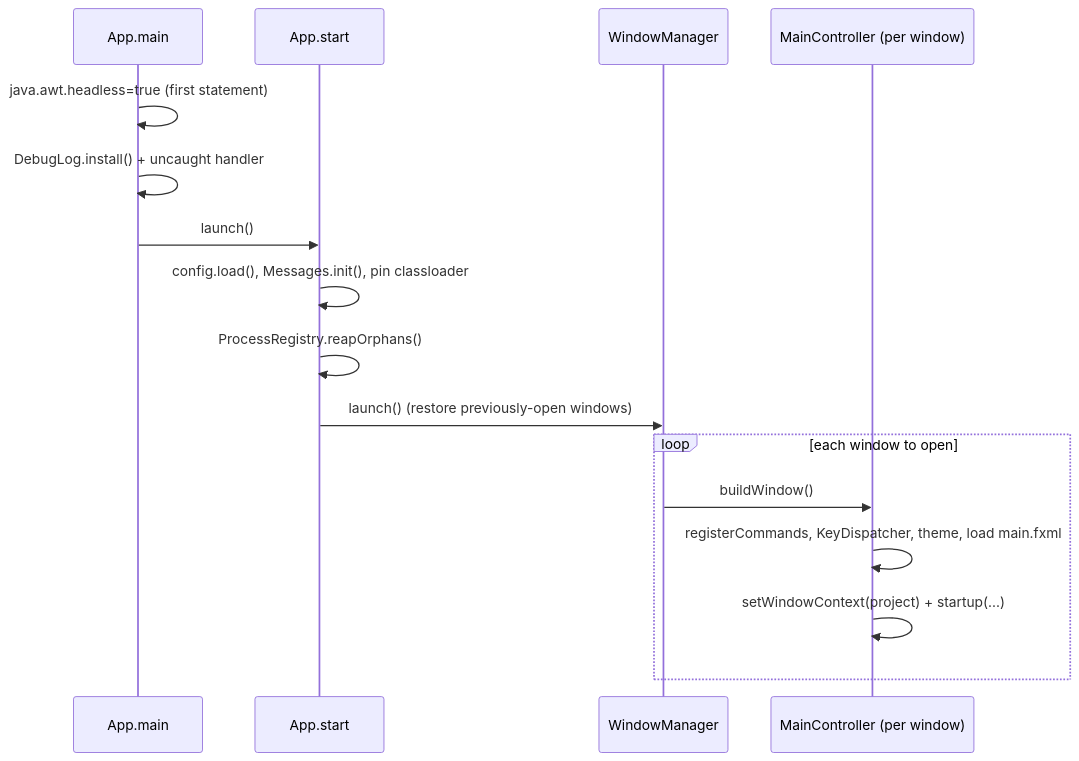
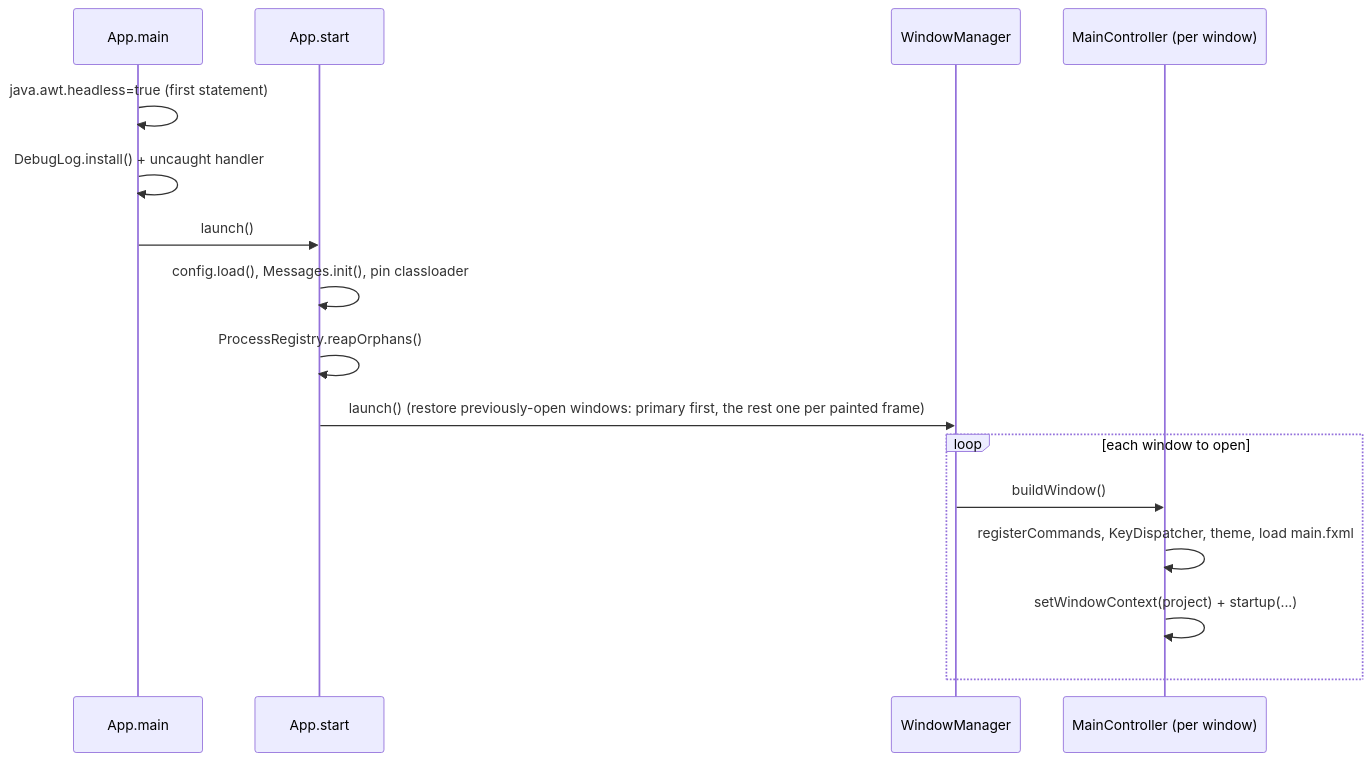
The first of 4 diagrams in docs/architecture.md (adriandeleon/Editora), drawn with Mermaid before and after one commit. The commit also changed other lines of this file and 252 other files, not shown here.

First line of the commit message:
perf: incremental highlighting, large-file open, console, project-tree and restore fixes

````diff
--- a/docs/architecture.md
+++ b/docs/architecture.md
@@ -39,18 +39,18 @@
 ```mermaid
 sequenceDiagram
     participant main as App.main
     participant start as App.start
     participant WM as WindowManager
     participant MC as MainController (per window)
     main->>main: java.awt.headless=true  (first statement)
     main->>main: DebugLog.install() + uncaught handler
     main->>start: launch()
     start->>start: config.load(), Messages.init(), pin classloader
     start->>start: ProcessRegistry.reapOrphans()
-    start->>WM: launch()  (restore previously-open windows)
+    start->>WM: launch()  (restore previously-open windows: primary first, the rest one per painted frame)
     loop each window to open
         WM->>MC: buildWindow()
         MC->>MC: registerCommands, KeyDispatcher, theme, load main.fxml
         MC->>MC: setWindowContext(project) + startup(...)
     end
 ```
````
